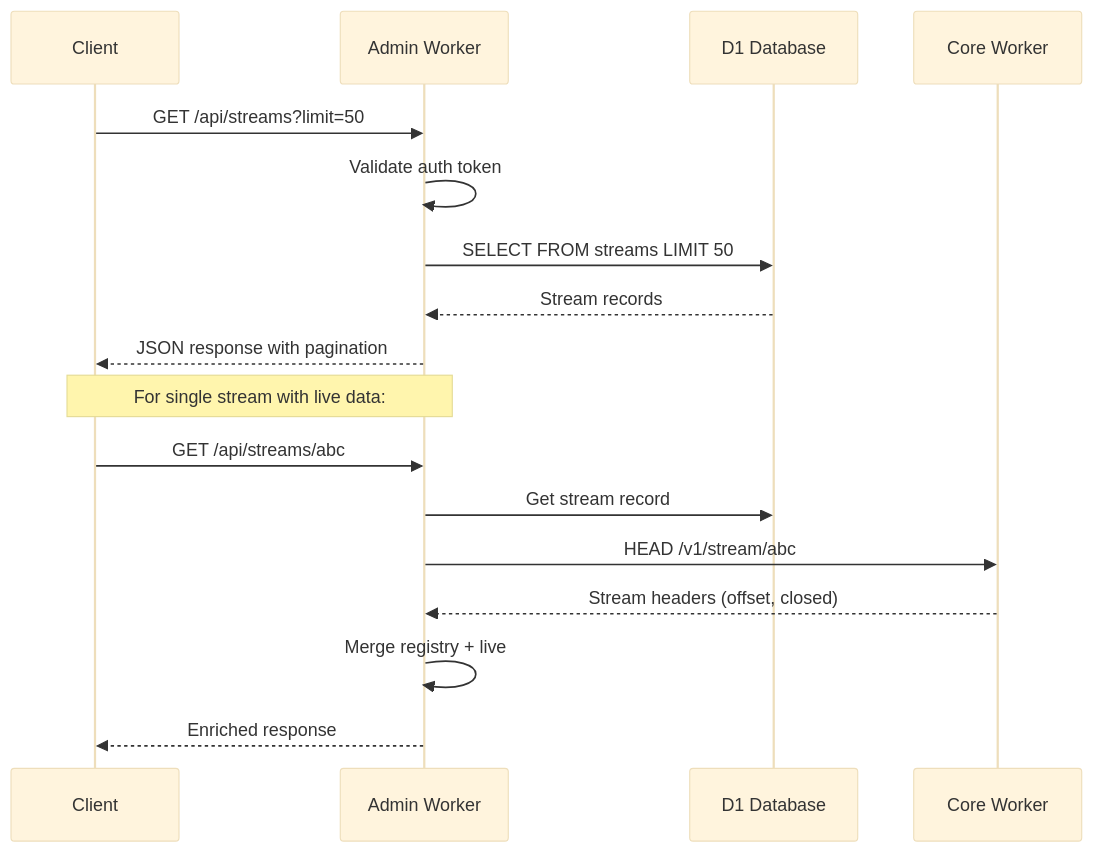
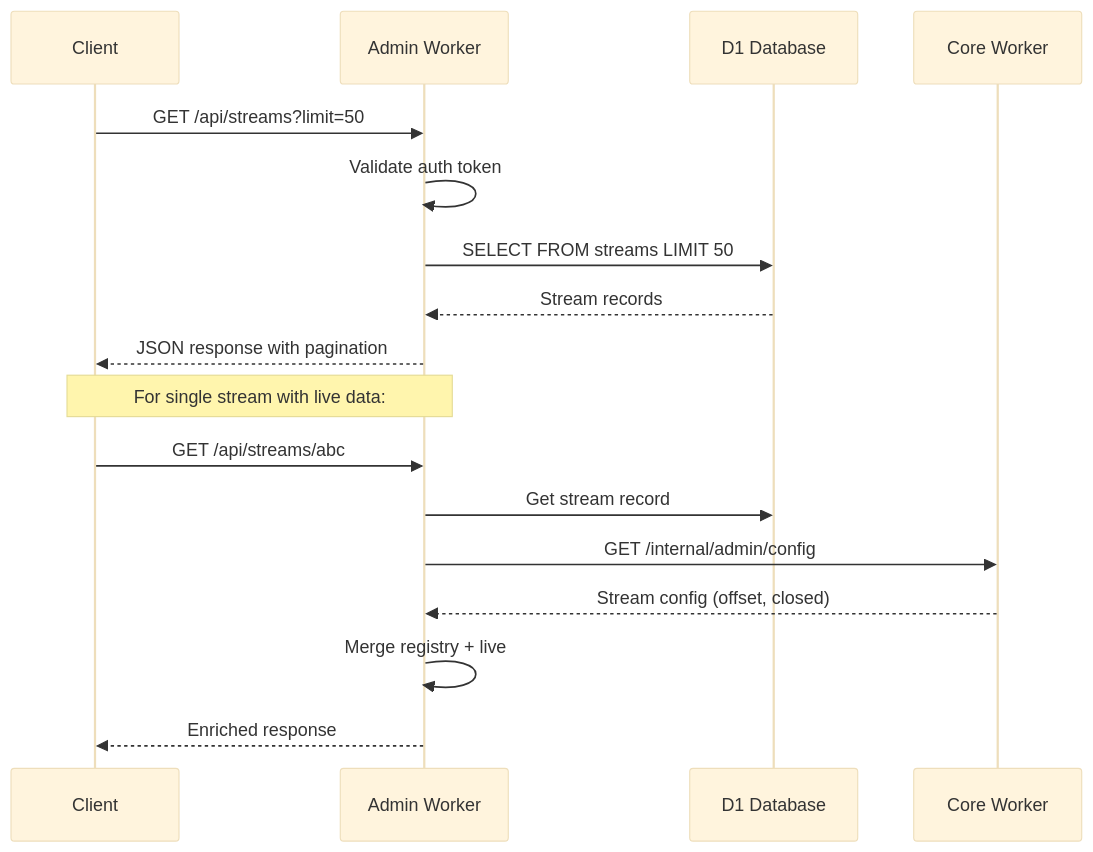
Before and after one commit to commoncurriculum/durable-streams-cloudflare: the first of 2 diagrams in packages/durable-stream-admin/docs/walkthrough.md, drawn with Mermaid (base theme). The commit also changed other lines of this file and 2 other files, not shown here.

````diff
--- a/packages/durable-stream-admin/docs/walkthrough.md
+++ b/packages/durable-stream-admin/docs/walkthrough.md
@@ -158,21 +90,21 @@
 ```mermaid
 sequenceDiagram
     participant C as Client
     participant A as Admin Worker
     participant D1 as D1 Database
     participant Core as Core Worker
 
     C->>A: GET /api/streams?limit=50
     A->>A: Validate auth token
     A->>D1: SELECT FROM streams LIMIT 50
     D1-->>A: Stream records
     A-->>C: JSON response with pagination
 
     Note over C,A: For single stream with live data:
     C->>A: GET /api/streams/abc
     A->>D1: Get stream record
-    A->>Core: HEAD /v1/stream/abc
-    Core-->>A: Stream headers (offset, closed)
+    A->>Core: GET /internal/admin/config
+    Core-->>A: Stream config (offset, closed)
     A->>A: Merge registry + live
     A-->>C: Enriched response
 ```
````
